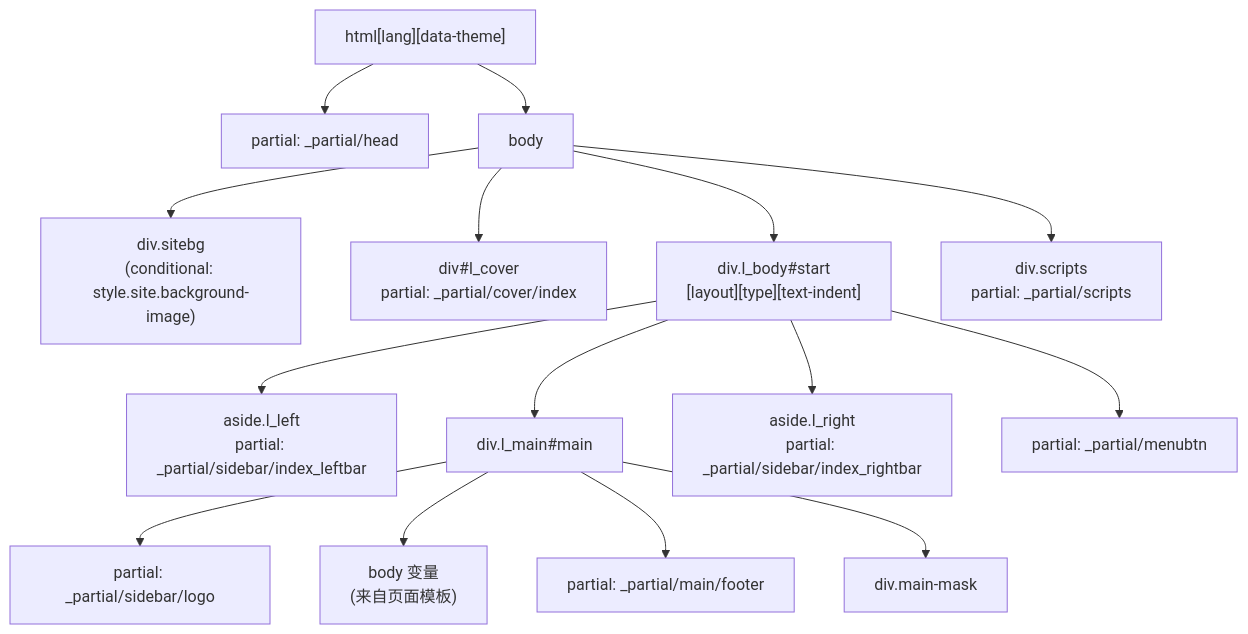
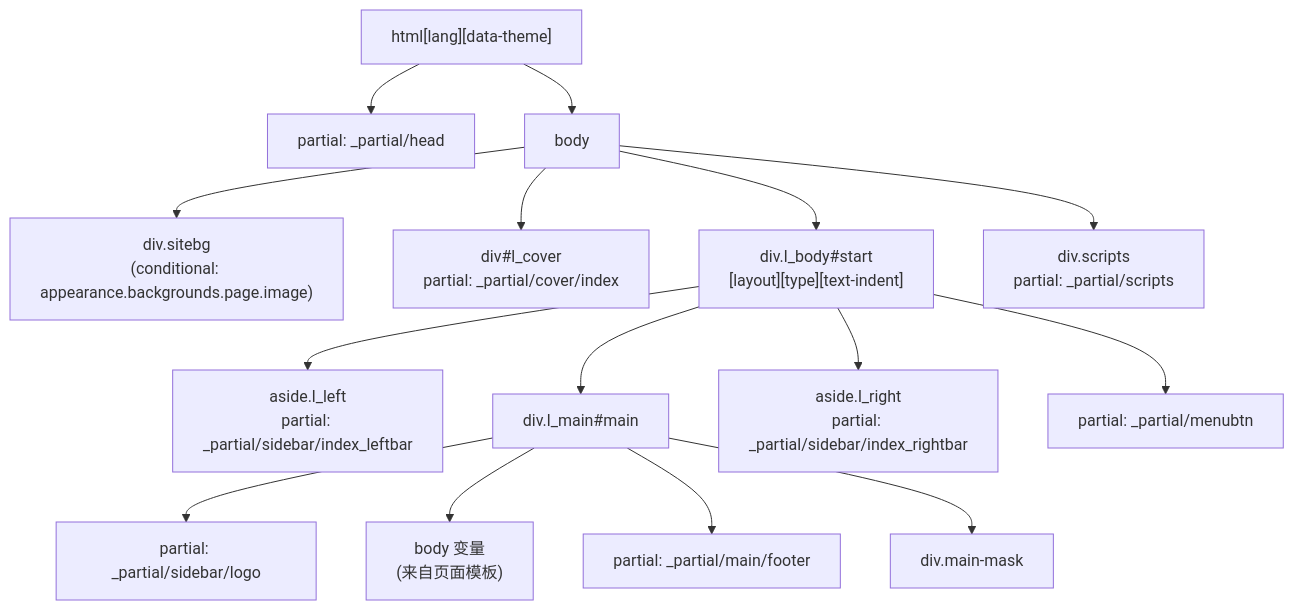
One commit to xaoxuu/hexo-theme-stellar changed the second of 5 diagrams in docs/knowledge/02-布局系统/page-templates-routing.md. Above: the diagram before and after it, drawn with Mermaid. The commit also changed 79 other files, not shown here.

````diff
--- a/docs/knowledge/02-布局系统/page-templates-routing.md
+++ b/docs/knowledge/02-布局系统/page-templates-routing.md
@@ -75,17 +75,17 @@
 ```mermaid
 flowchart TD
     HTML["html[lang][data-theme]"] --> HEAD["partial: _partial/head"]
     HTML --> BODY["body"]
-    BODY --> SITEBG["div.sitebg\n(conditional: style.site.background-image)"]
+    BODY --> SITEBG["div.sitebg\n(conditional: appearance.backgrounds.page.image)"]
     BODY --> LCOVER["div#l_cover\npartial: _partial/cover/index"]
     BODY --> LBODY["div.l_body#start\n[layout][type][text-indent]"]
     BODY --> SCRIPTS["div.scripts\npartial: _partial/scripts"]
     LBODY --> LLEFT["aside.l_left\npartial: _partial/sidebar/index_leftbar"]
     LBODY --> LMAIN["div.l_main#main"]
     LBODY --> LRIGHT["aside.l_right\npartial: _partial/sidebar/index_rightbar"]
     LBODY --> MENUBTN["partial: _partial/menubtn"]
     LMAIN --> LOGO["partial: _partial/sidebar/logo"]
     LMAIN --> BODYCONTENT["body 变量\n(来自页面模板)"]
     LMAIN --> FOOTER["partial: _partial/main/footer"]
     LMAIN --> MASK["div.main-mask"]
 ```
````
